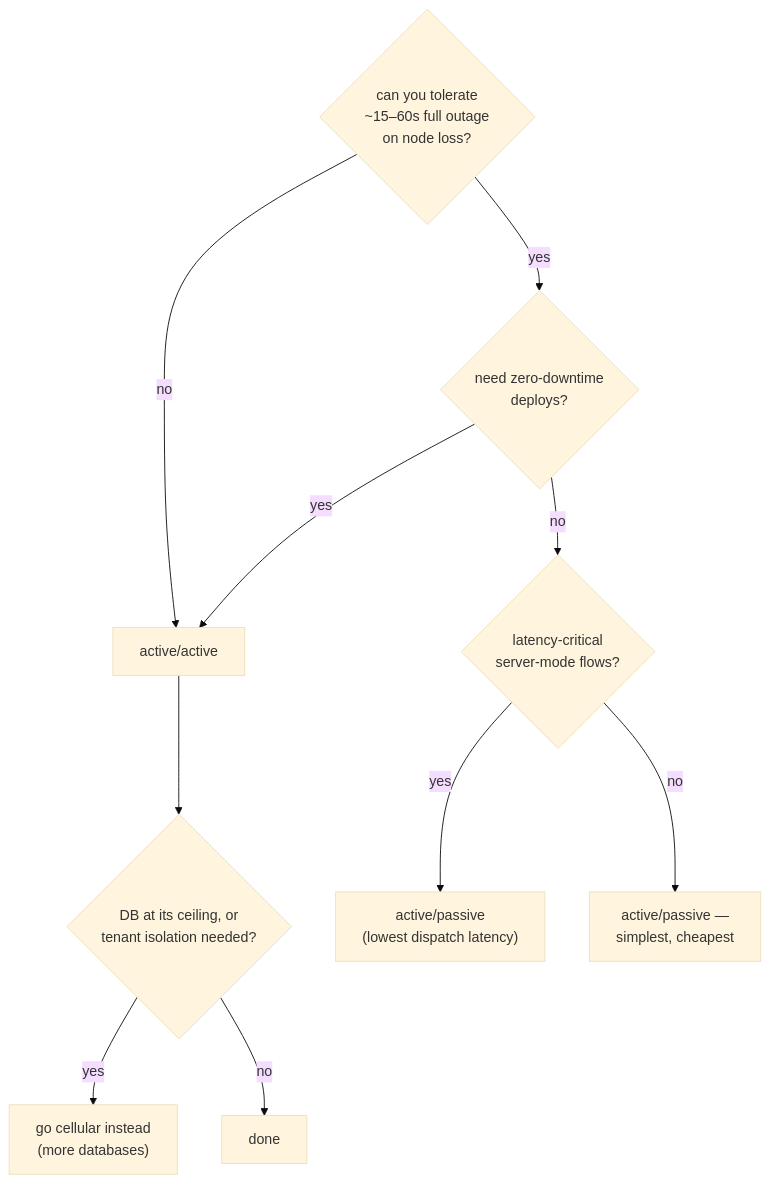
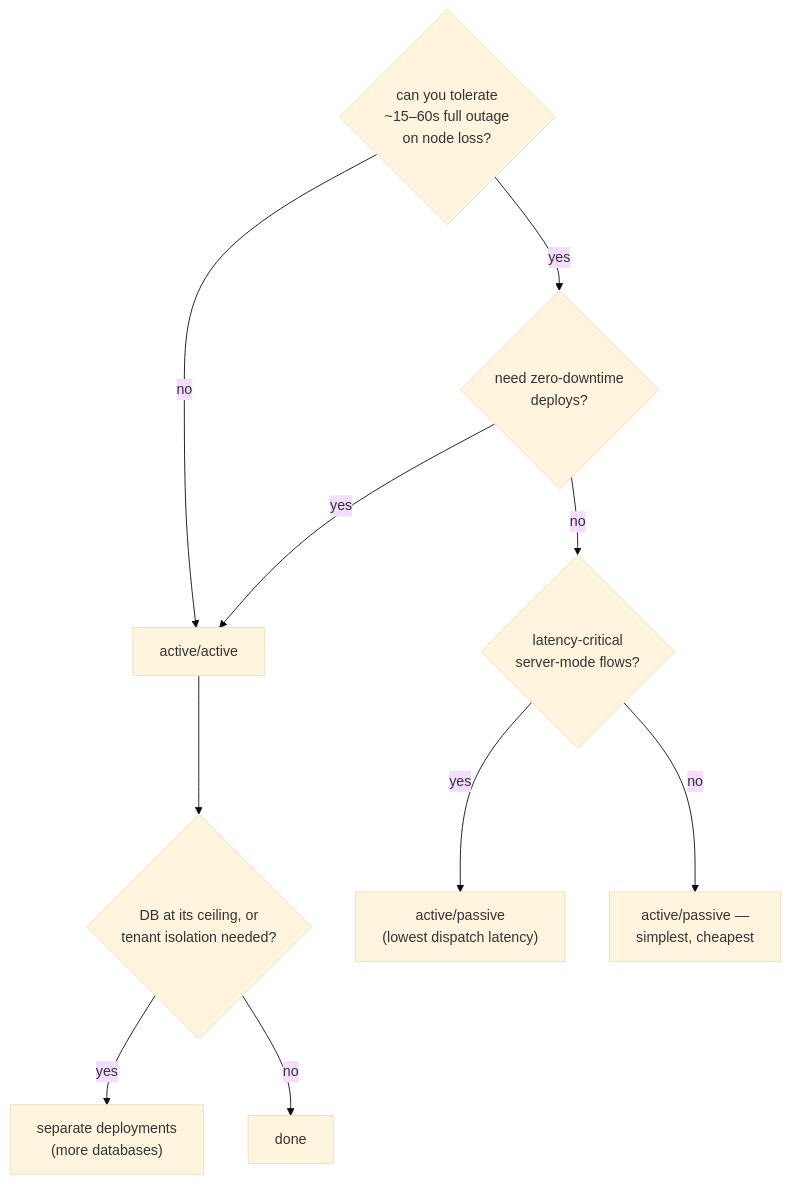
One commit to hadielmougy/wiggle-site changed the diagram in content/high-availability.md. Above: the diagram before and after it, drawn with Mermaid (base theme). The commit also changed other lines of this file and 16 other files, not shown here.

````diff
--- a/content/high-availability.md
+++ b/content/high-availability.md
@@ -141,12 +141,12 @@
 ```mermaid
 flowchart TD
   Q1{"can you tolerate<br/>~15–60s full outage<br/>on node loss?"} -->|no| AA["active/active"]
   Q1 -->|yes| Q2{"need zero-downtime<br/>deploys?"}
   Q2 -->|yes| AA
   Q2 -->|no| Q3{"latency-critical<br/>server-mode flows?"}
   Q3 -->|yes| AP["active/passive<br/>(lowest dispatch latency)"]
   Q3 -->|no| AP2["active/passive —<br/>simplest, cheapest"]
   AA --> Q4{"DB at its ceiling, or<br/>tenant isolation needed?"}
-  Q4 -->|yes| CELLS["go cellular instead<br/>(more databases)"]
+  Q4 -->|yes| SPLIT["separate deployments<br/>(more databases)"]
   Q4 -->|no| DONE["done"]
 ```
````
